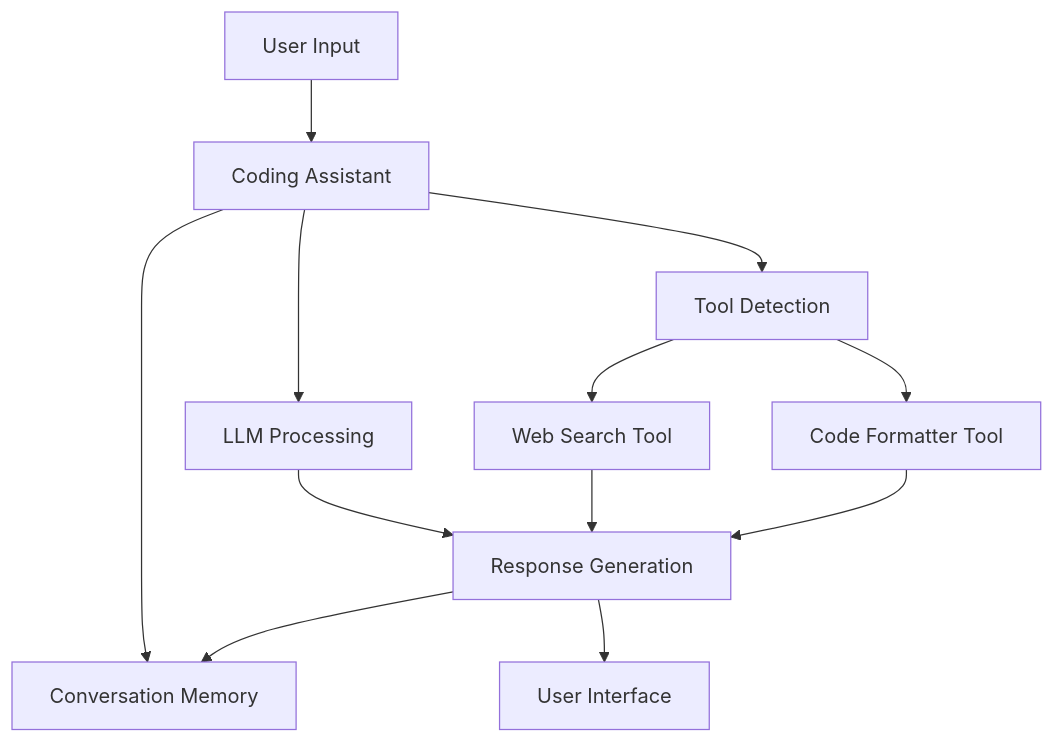
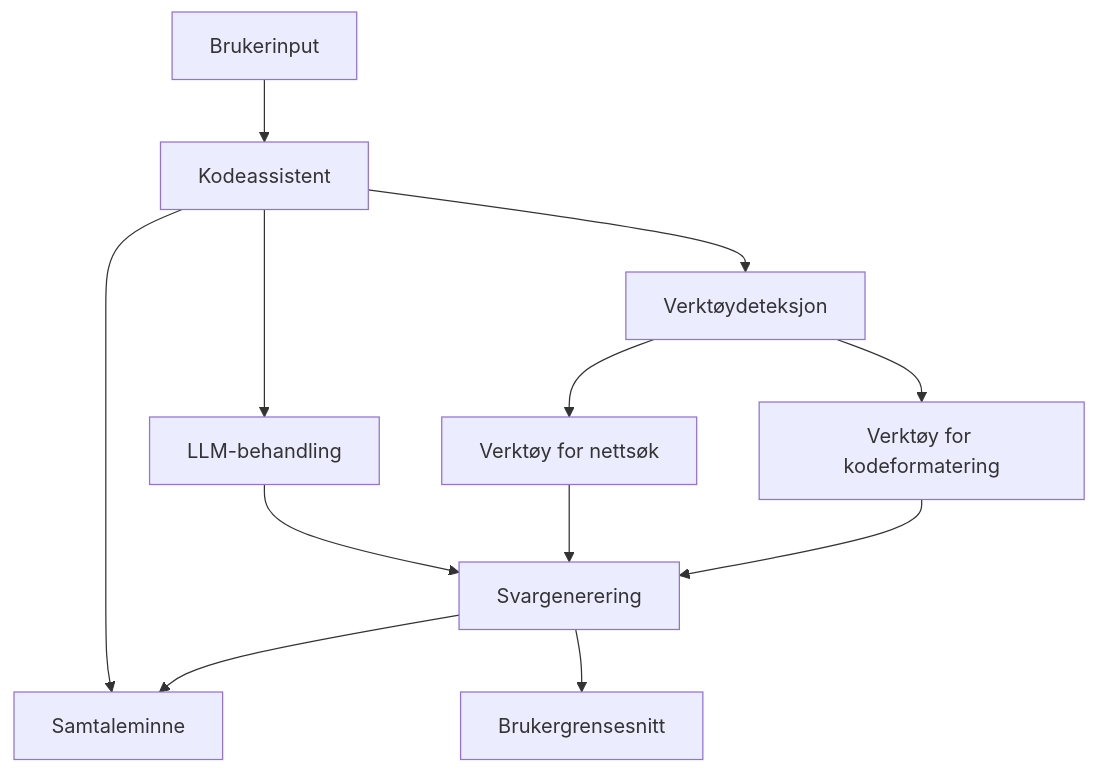
Before and after one commit to microsoft/Web-Dev-For-Beginners: the ninth of 11 diagrams in translations/no/10-ai-framework-project/README.md, drawn with Mermaid. The commit also changed other lines of this file and 99 other files, not shown here.

````diff
--- a/translations/no/10-ai-framework-project/README.md
+++ b/translations/no/10-ai-framework-project/README.md
@@ -692,17 +888,17 @@
 ```mermaid
 graph TD
-    A[User Input] --> B[Coding Assistant]
-    B --> C[Conversation Memory]
-    B --> D[Tool Detection]
-    B --> E[LLM Processing]
+    A[Brukerinput] --> B[Kodeassistent]
+    B --> C[Samtaleminne]
+    B --> D[Verktøydeteksjon]
+    B --> E[LLM-behandling]
     
-    D --> F[Web Search Tool]
-    D --> G[Code Formatter Tool]
+    D --> F[Verktøy for nettsøk]
+    D --> G[Verktøy for kodeformatering]
     
-    E --> H[Response Generation]
+    E --> H[Svargenerering]
     F --> H
     G --> H
     
-    H --> I[User Interface]
+    H --> I[Brukergrensesnitt]
     H --> C
 ```
````
